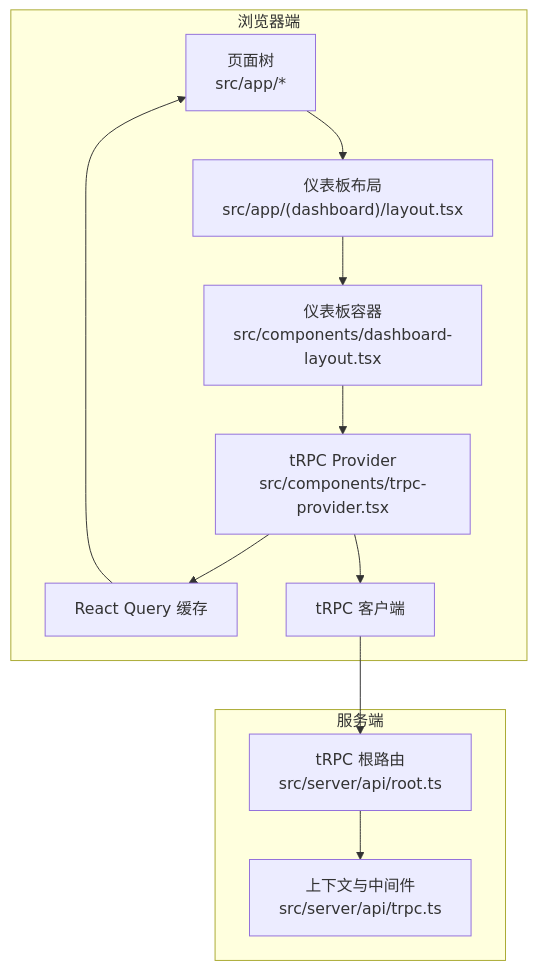
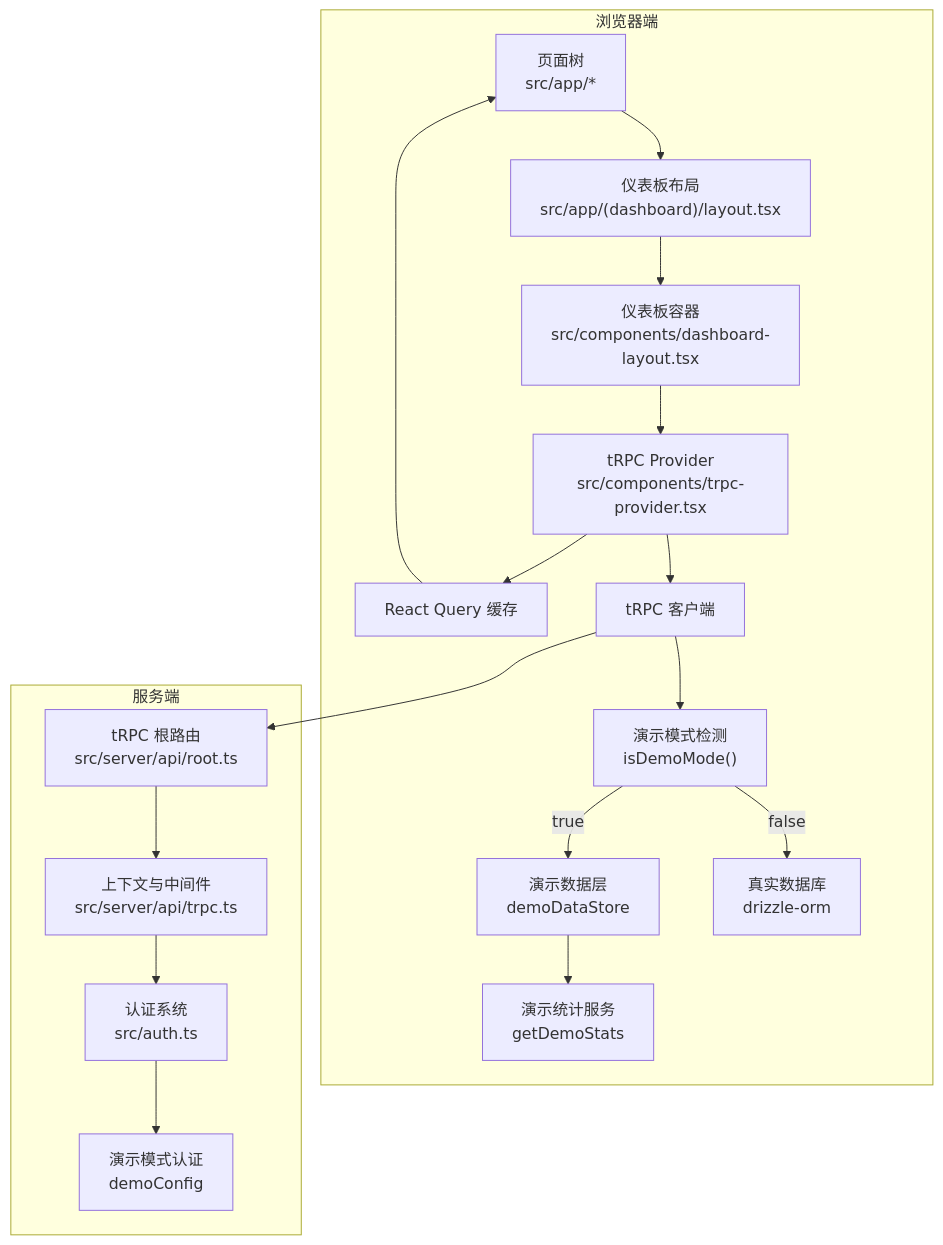
Before and after one commit to RadiumAg/AIGate: the second of 10 diagrams in .qoder/repowiki/zh/content/架构设计/前端架构.md, drawn with Mermaid. The commit also changed other lines of this file and 11 other files, not shown here.

````diff
--- a/.qoder/repowiki/zh/content/架构设计/前端架构.md
+++ b/.qoder/repowiki/zh/content/架构设计/前端架构.md
@@ -96,17 +124,23 @@
 ```mermaid
 graph TB
 subgraph "浏览器端"
 L["页面树<br/>src/app/*"] --> DL["仪表板布局<br/>src/app/(dashboard)/layout.tsx"]
 DL --> U["仪表板容器<br/>src/components/dashboard-layout.tsx"]
 U --> P["tRPC Provider<br/>src/components/trpc-provider.tsx"]
 P --> Q["React Query 缓存"]
 P --> T["tRPC 客户端"]
+T --> R["演示模式检测<br/>isDemoMode()"]
+R --> |true| DEMO["演示数据层<br/>demoDataStore"]
+R --> |false| DB["真实数据库<br/>drizzle-orm"]
+DEMO --> STATS["演示统计服务<br/>getDemoStats"]
 end
 subgraph "服务端"
-R["tRPC 根路由<br/>src/server/api/root.ts"]
+ROOT["tRPC 根路由<br/>src/server/api/root.ts"]
 CTX["上下文与中间件<br/>src/server/api/trpc.ts"]
-R --> CTX
+ROOT --> CTX
+CTX --> AUTH["认证系统<br/>src/auth.ts"]
+AUTH --> DEMO_AUTH["演示模式认证<br/>demoConfig"]
 end
-T --> R
+T --> ROOT
 Q --> L
 ```
````
